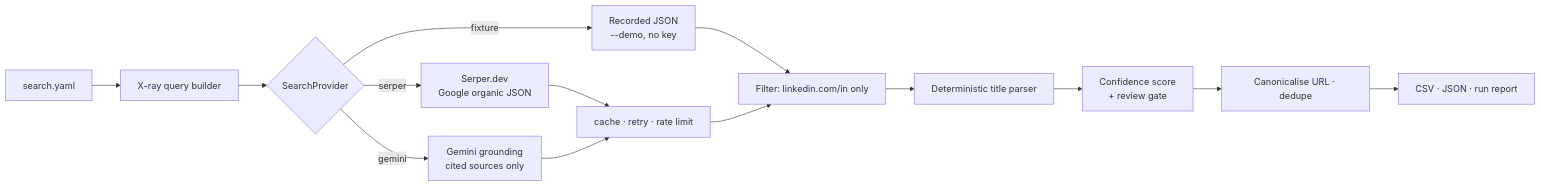
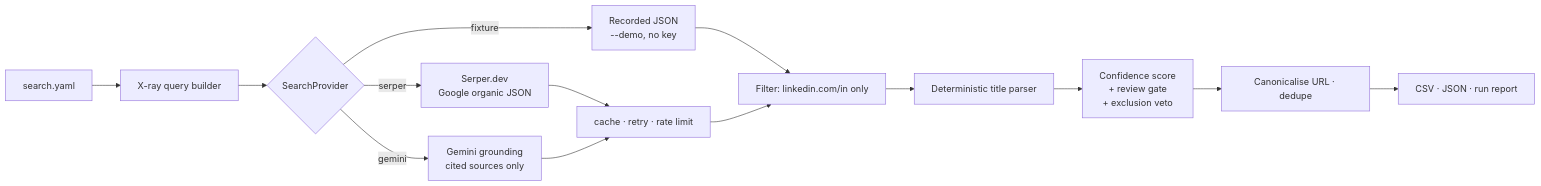
One commit to ShamanIsBack/b2b-prospector changed the diagram in README.md. Above: the diagram before and after it, drawn with Mermaid. The commit also changed other lines of this file and 3 other files, not shown here.

````diff
--- a/README.md
+++ b/README.md
@@ -58,16 +66,16 @@
 ```mermaid
 flowchart LR
     A[search.yaml] --> B[X-ray query builder]
     B --> C{SearchProvider}
     C -->|serper| D[Serper.dev<br/>Google organic JSON]
     C -->|gemini| E[Gemini grounding<br/>cited sources only]
     C -->|fixture| F[Recorded JSON<br/>--demo, no key]
     D --> G[cache · retry · rate limit]
     E --> G
     F --> H
     G --> H[Filter: linkedin.com/in only]
     H --> I[Deterministic title parser]
-    I --> J[Confidence score<br/>+ review gate]
+    I --> J[Confidence score<br/>+ review gate<br/>+ exclusion veto]
     J --> K[Canonicalise URL · dedupe]
     K --> L[CSV · JSON · run report]
 ```
````
